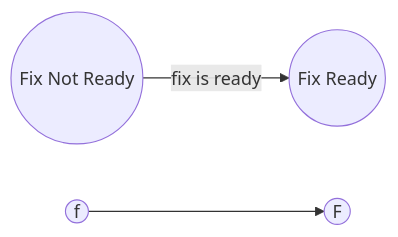
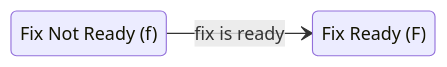
One commit to CERTCC/Vultron changed the second of 13 diagrams in docs/process_models/cs/index.md. Above: the diagram before and after it, drawn with Mermaid. The commit also changed other lines of this file, not shown here.

````diff
--- a/docs/process_models/cs/index.md
+++ b/docs/process_models/cs/index.md
@@ -92,10 +87,7 @@
 ```mermaid
-graph LR
-    f((Fix Not Ready))
-    F((Fix Ready))
-    f -->|fix is ready| F
-    f2((f))
-    F2((F))
-    f2 --> F2
-    
+stateDiagram-v2
+    direction LR
+    f : Fix Not Ready (f)
+    F : Fix Ready (F)
+    f --> F : fix is ready
 ```
````
